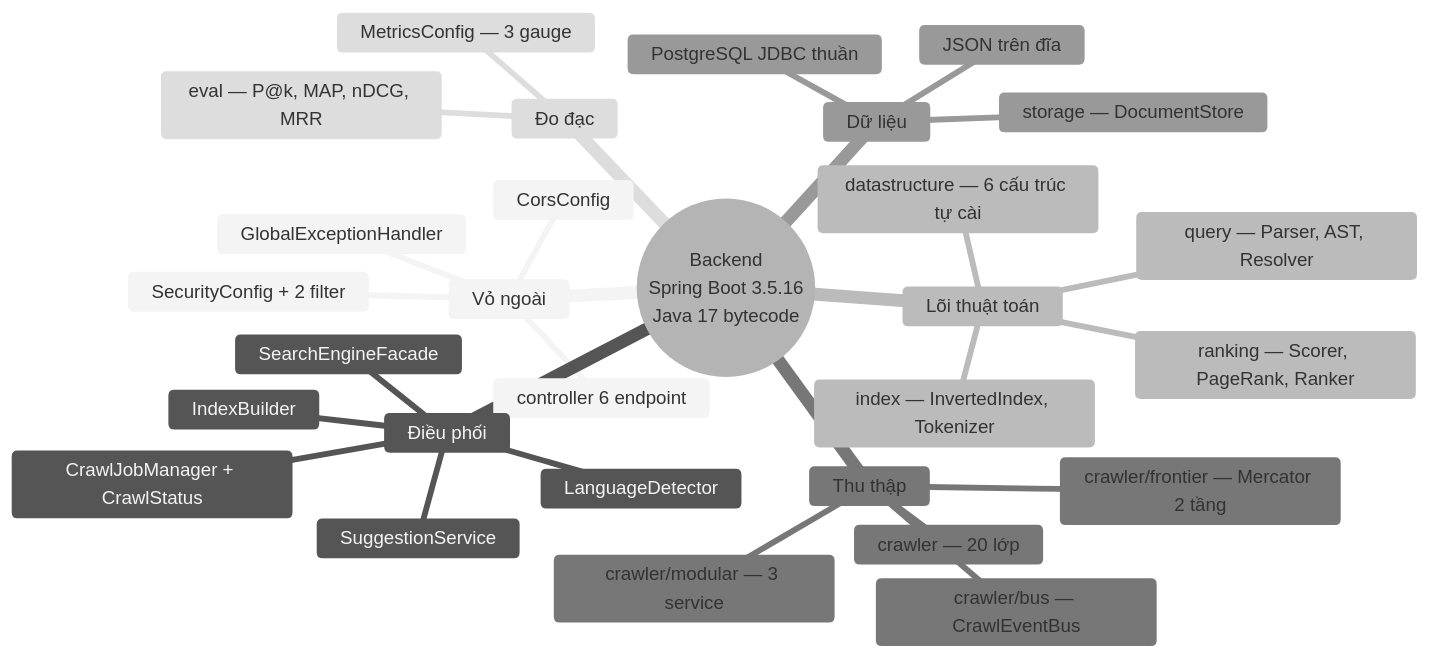
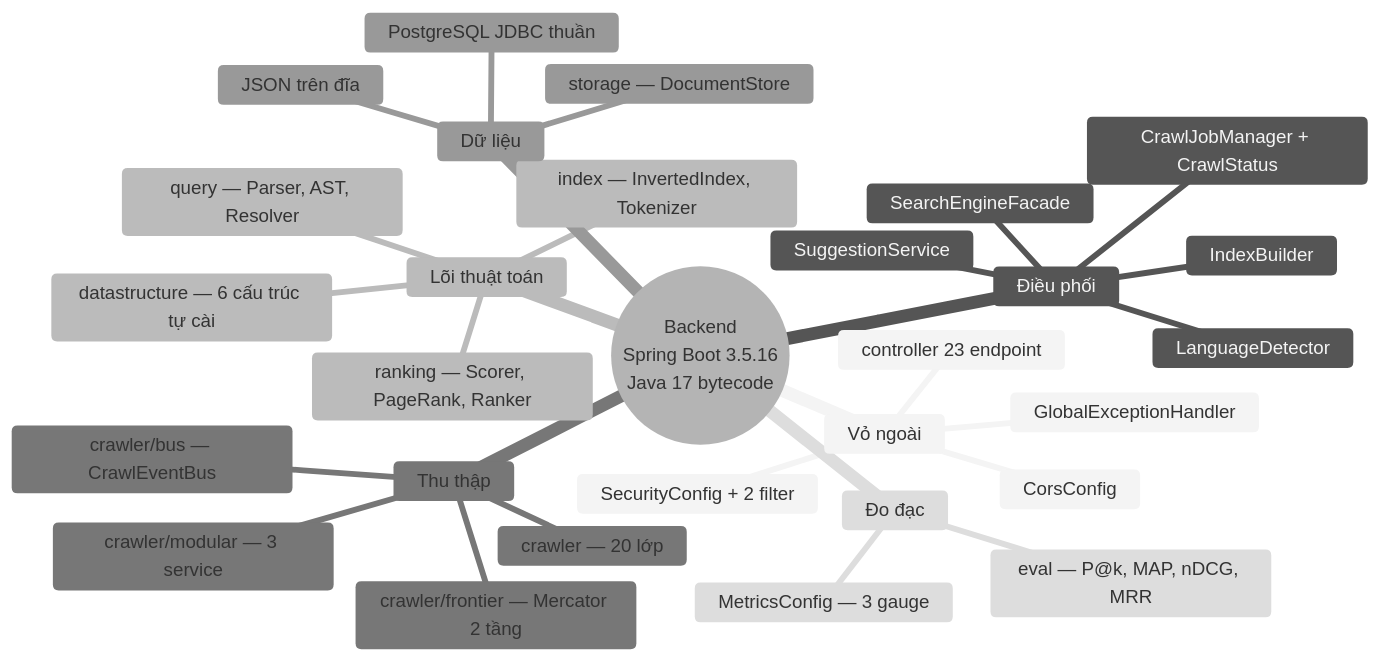
The first of 3 diagrams in docs/BACKEND.md (KietAnhCS/CocCoc-Plus), drawn with Mermaid (neutral theme) before and after one commit. The commit also changed other lines of this file and 71 other files, not shown here.

````diff
--- a/docs/BACKEND.md
+++ b/docs/BACKEND.md
@@ -44,32 +44,32 @@
 ```mermaid
 mindmap
   root((Backend<br/>Spring Boot 3.5.16<br/>Java 17 bytecode))
     Vỏ ngoài
-      controller 6 endpoint
+      controller 23 endpoint
       GlobalExceptionHandler
       SecurityConfig + 2 filter
       CorsConfig
     Điều phối
       SearchEngineFacade
       IndexBuilder
       CrawlJobManager + CrawlStatus
       SuggestionService
       LanguageDetector
     Lõi thuật toán
       index — InvertedIndex, Tokenizer
       query — Parser, AST, Resolver
       ranking — Scorer, PageRank, Ranker
       datastructure — 6 cấu trúc tự cài
     Thu thập
       crawler — 20 lớp
       crawler/frontier — Mercator 2 tầng
       crawler/bus — CrawlEventBus
       crawler/modular — 3 service
     Dữ liệu
       storage — DocumentStore
       PostgreSQL JDBC thuần
       JSON trên đĩa
     Đo đạc
       eval — P@k, MAP, nDCG, MRR
       MetricsConfig — 3 gauge
 ```
````
